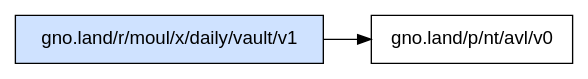
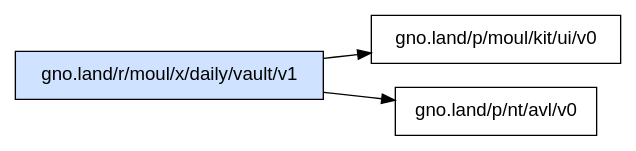
Before and after one commit to moul/gno-contracts: the diagram in _assets/gno.land/r/moul/x/daily/vault/v1/deps.dot, drawn with Graphviz. The commit also changed 49 other files, not shown here.

Commit message:
chore: regenerate catalog, graphs and on-chain status [skip ci]

```diff
--- a/_assets/gno.land/r/moul/x/daily/vault/v1/deps.dot
+++ b/_assets/gno.land/r/moul/x/daily/vault/v1/deps.dot
@@ -1,6 +1,7 @@
 digraph deps {
   rankdir=LR;
   node [shape=box, fontname="sans-serif"];
   "gno.land/r/moul/x/daily/vault/v1" [style=filled, fillcolor="#cfe2ff"];
+  "gno.land/r/moul/x/daily/vault/v1" -> "gno.land/p/moul/kit/ui/v0";
   "gno.land/r/moul/x/daily/vault/v1" -> "gno.land/p/nt/avl/v0";
 }
```
